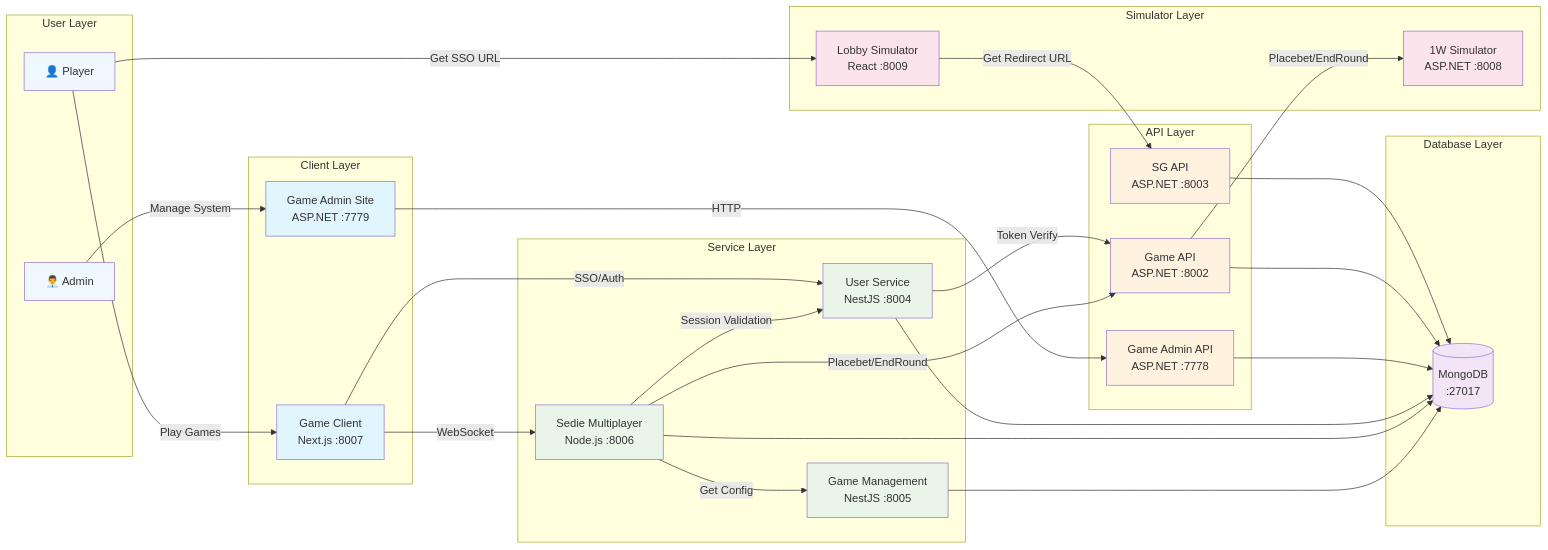
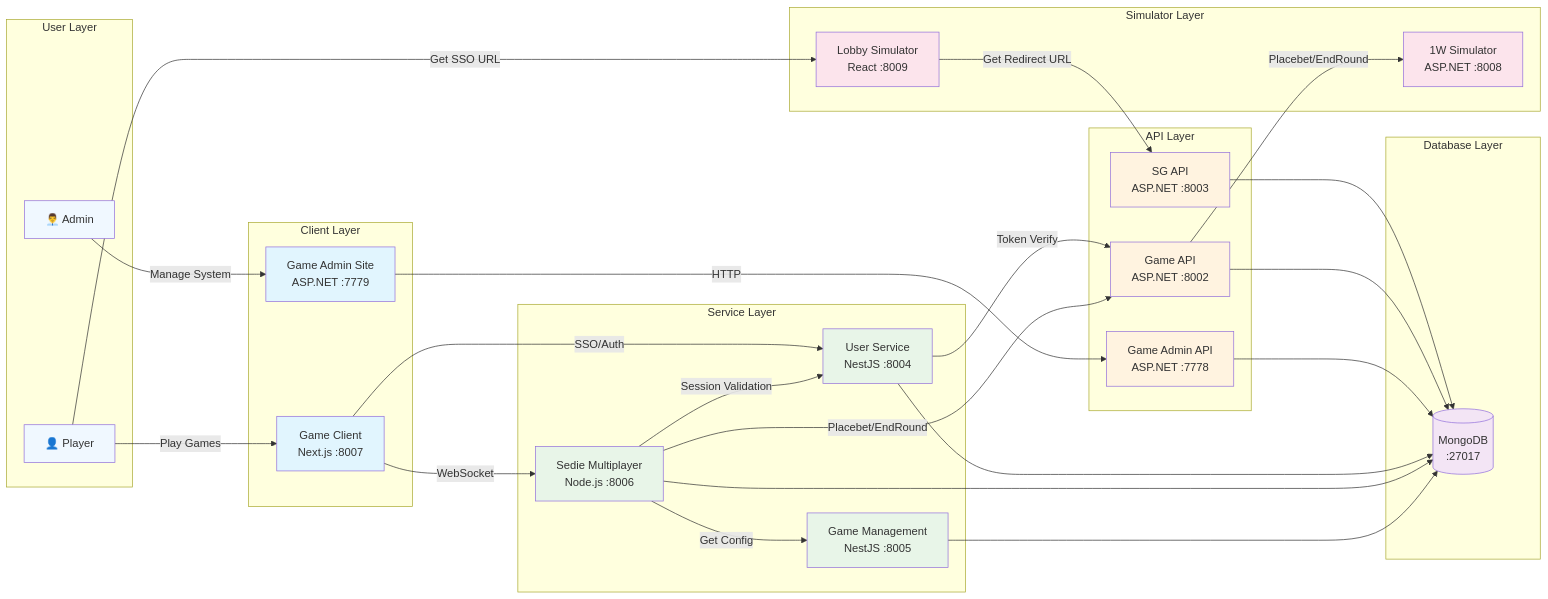
Before and after one commit to starixvn/l1_training_backend-training: the first of 2 diagrams in README.md, drawn with Mermaid. The commit also changed other lines of this file, not shown here.

Commit message:
docs: fix README.md to correct user layer representation in the architecture diagram

````diff
--- a/README.md
+++ b/README.md
@@ -69,78 +69,78 @@
 ```mermaid
 graph LR
     subgraph "User Layer"
+        ADMIN[👨‍💼 Admin]
         USER[👤 Player]
-        ADMIN[👨‍💼 Admin]
     end
 
     subgraph "Client Layer"
         GC[Game Client<br/>Next.js :8007]
         GAS[Game Admin Site<br/>ASP.NET :7779]
     end
 
     subgraph "API Layer"
         SGAPI[SG API<br/>ASP.NET :8003]
         LWEB[Game API<br/>ASP.NET :8002]
         GAA[Game Admin API<br/>ASP.NET :7778]
     end
 
     subgraph "Service Layer"
         US[User Service<br/>NestJS :8004]
         SMS[Sedie Multiplayer<br/>Node.js :8006]
         GMS[Game Management<br/>NestJS :8005]
     end
 
     subgraph "Simulator Layer"
         OWS[1W Simulator<br/>ASP.NET :8008]
         LS[Lobby Simulator<br/>React :8009]
     end
 
     subgraph "Database Layer"
         MONGO[(MongoDB<br/>:27017)]
     end
 
     %% User Interactions
     USER -->|Play Games| GC
     USER -->|Get SSO URL| LS
     ADMIN -->|Manage System| GAS
 
     %% Core Client Connections
     GC -->|SSO/Auth| US
     GC -->|WebSocket| SMS
 
     LS -->|Get Redirect URL| SGAPI
 
     GAS -->|HTTP| GAA
 
     %% Core Service Dependencies
     US -->|Token Verify| LWEB
     SMS -->|Get Config| GMS
     SMS -->|Placebet/EndRound| LWEB
     SMS -->|Session Validation| US
     LWEB -->|Placebet/EndRound| OWS
 
     %% Database Connections
     SGAPI --> MONGO
     LWEB --> MONGO
     GAA --> MONGO
     US --> MONGO
     SMS --> MONGO
     GMS --> MONGO
 
 
 
     %% Styling
     classDef userLayer fill:#f0f8ff
     classDef clientLayer fill:#e1f5fe
     classDef apiLayer fill:#fff3e0
     classDef serviceLayer fill:#e8f5e8
     classDef simLayer fill:#fce4ec
     classDef dbLayer fill:#f3e5f5
 
     class USER,ADMIN userLayer
     class GC,GAS clientLayer
     class LWEB,SGAPI,GAA apiLayer
     class US,SMS,GMS serviceLayer
     class LS,OWS simLayer
     class MONGO dbLayer
 ```
````
